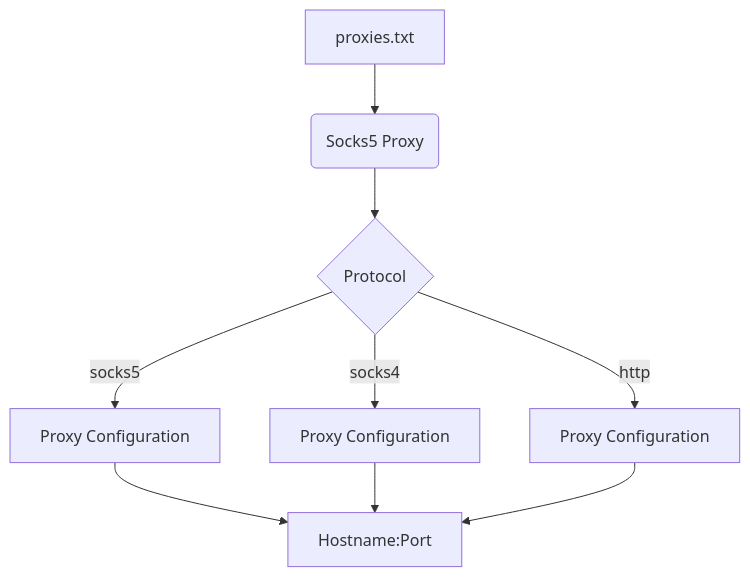
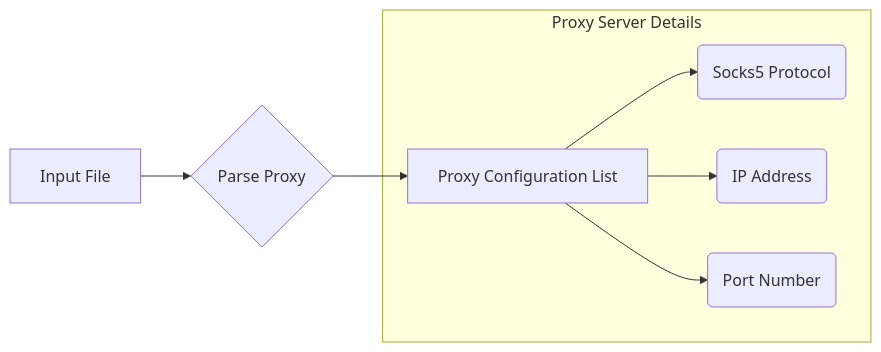
One commit to hypo69/hypo changed the diagram in docs/gemini/ru/explainer/src/webdriver/proxies.md. Above: the diagram before and after it, drawn with Mermaid. The commit also changed other lines of this file and 877 other files, not shown here.

````diff
--- a/docs/gemini/ru/explainer/src/webdriver/proxies.md
+++ b/docs/gemini/ru/explainer/src/webdriver/proxies.md
@@ -43,11 +43,10 @@
 ```mermaid
-graph TD
-    A[proxies.txt] --> B(Socks5 Proxy);
-    B --> C{Protocol};
-    C -- socks5 --> D[Proxy Configuration];
-    C -- socks4 --> E[Proxy Configuration];
-    C -- http --> F[Proxy Configuration];
-    D --> G[Hostname:Port];
-    E --> G;
-    F --> G;
+graph LR
+    A[Input File] --> B{Parse Proxy};
+    B --> C[Proxy Configuration List];
+    subgraph Proxy Server Details
+      C --> D(Socks5 Protocol);
+      C --> E(IP Address);
+      C --> F(Port Number);
+    end
 ```
````
